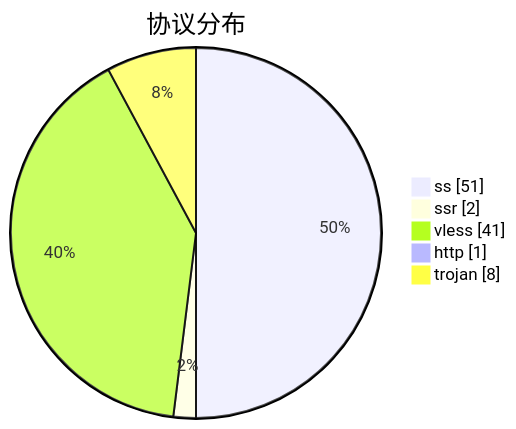
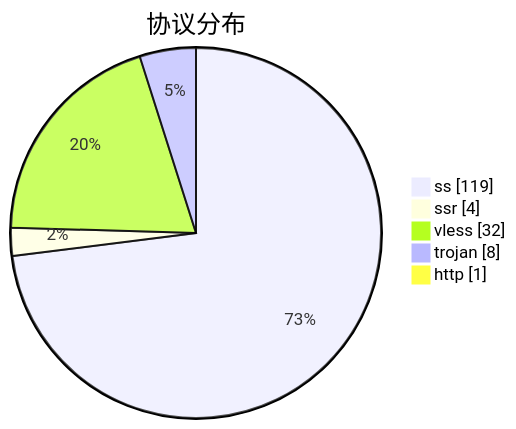
One commit to qjlxg/airport changed the third of 3 diagrams in subs/statistics/tested_within.md. Above: the diagram before and after it, drawn with Mermaid. The commit also changed other lines of this file and 2 other files, not shown here.

````diff
--- a/subs/statistics/tested_within.md
+++ b/subs/statistics/tested_within.md
@@ -27,9 +32,9 @@
 ```mermaid
 pie showData
 title 协议分布
-"ss" : 51
-"ssr" : 2
-"vless" : 41
+"ss" : 119
+"ssr" : 4
+"vless" : 32
+"trojan" : 8
 "http" : 1
-"trojan" : 8
 ```
````
